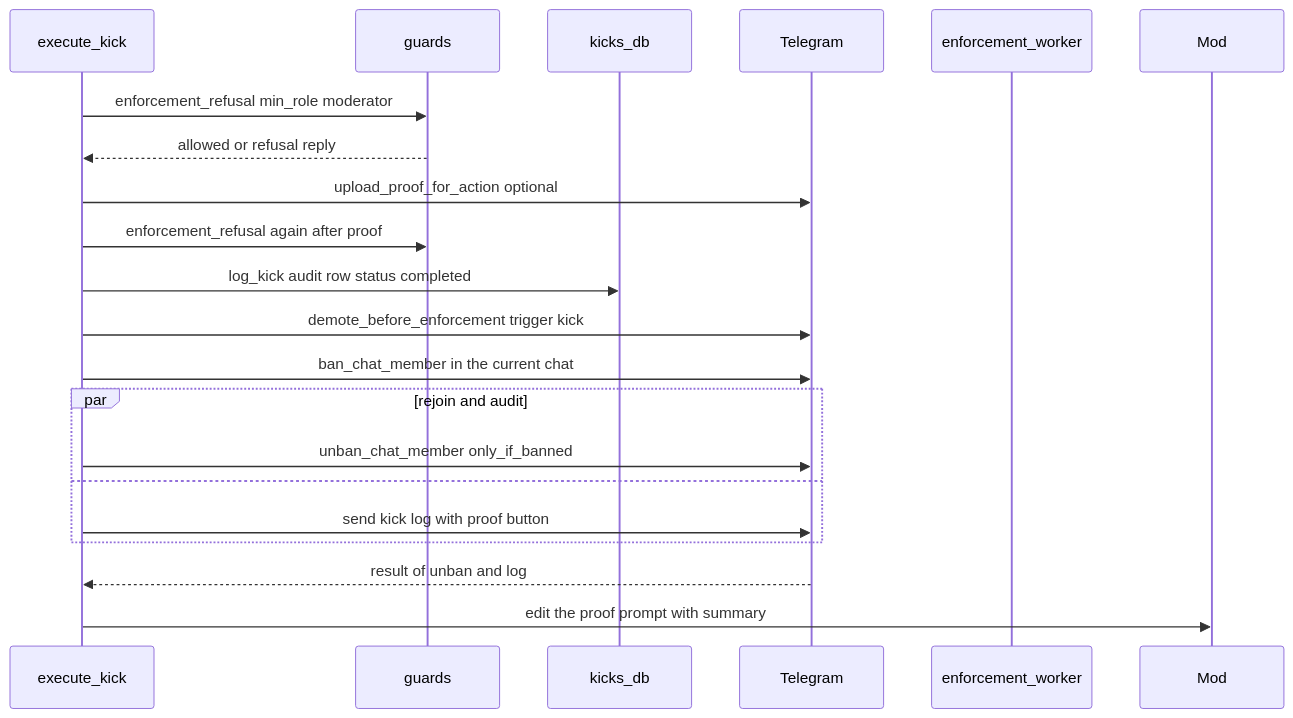
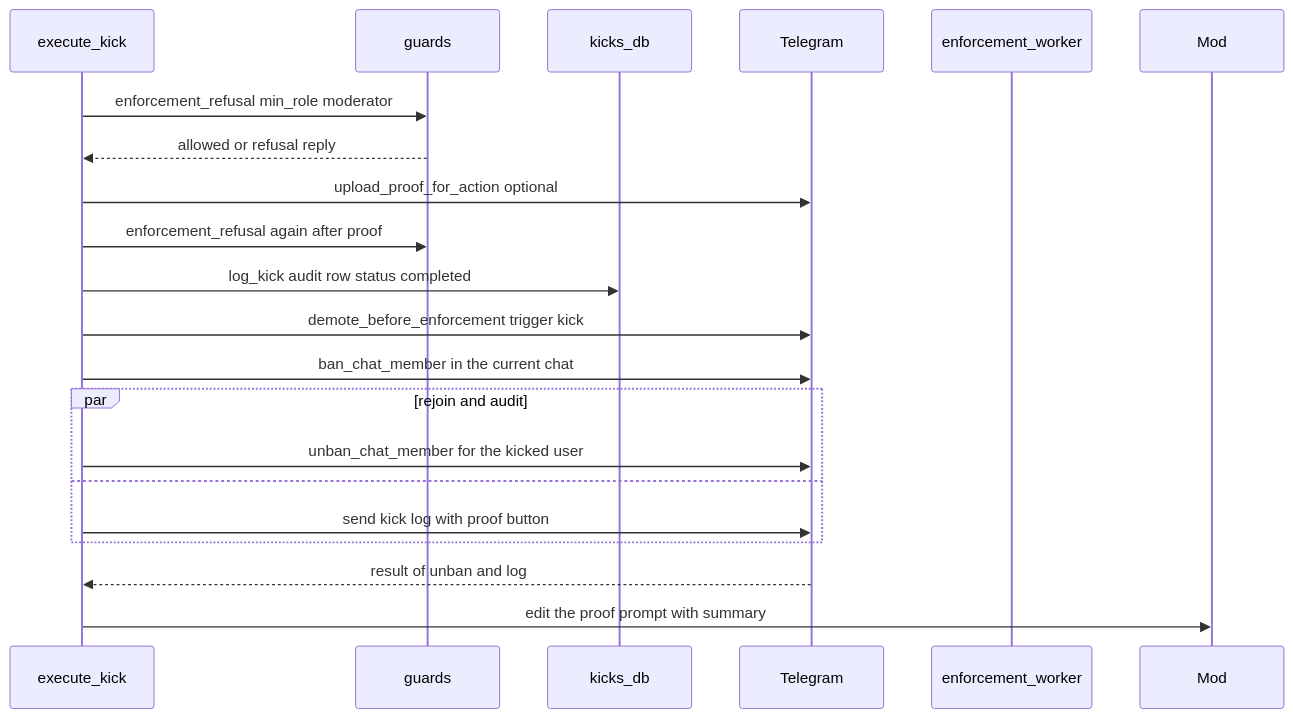
One commit to D1ZZY4/tcbot changed the second of 3 diagrams in docs/flows/kicking.md. Above: the diagram before and after it, drawn with Mermaid. The commit also changed other lines of this file and 17 other files, not shown here.

````diff
--- a/docs/flows/kicking.md
+++ b/docs/flows/kicking.md
@@ -68,22 +68,22 @@
 ```mermaid
 sequenceDiagram
     participant Flow as execute_kick
     participant Guard as guards
     participant DB as kicks_db
     participant Bot as Telegram
     participant Work as enforcement_worker
     Flow->>Guard: enforcement_refusal min_role moderator
     Guard-->>Flow: allowed or refusal reply
     Flow->>Bot: upload_proof_for_action optional
     Flow->>Guard: enforcement_refusal again after proof
     Flow->>DB: log_kick audit row status completed
     Flow->>Bot: demote_before_enforcement trigger kick
     Flow->>Bot: ban_chat_member in the current chat
     par rejoin and audit
-        Flow->>Bot: unban_chat_member only_if_banned
+        Flow->>Bot: unban_chat_member for the kicked user
     and
         Flow->>Bot: send kick log with proof button
     end
     Bot-->>Flow: result of unban and log
     Flow->>Mod: edit the proof prompt with summary
 ```
````
